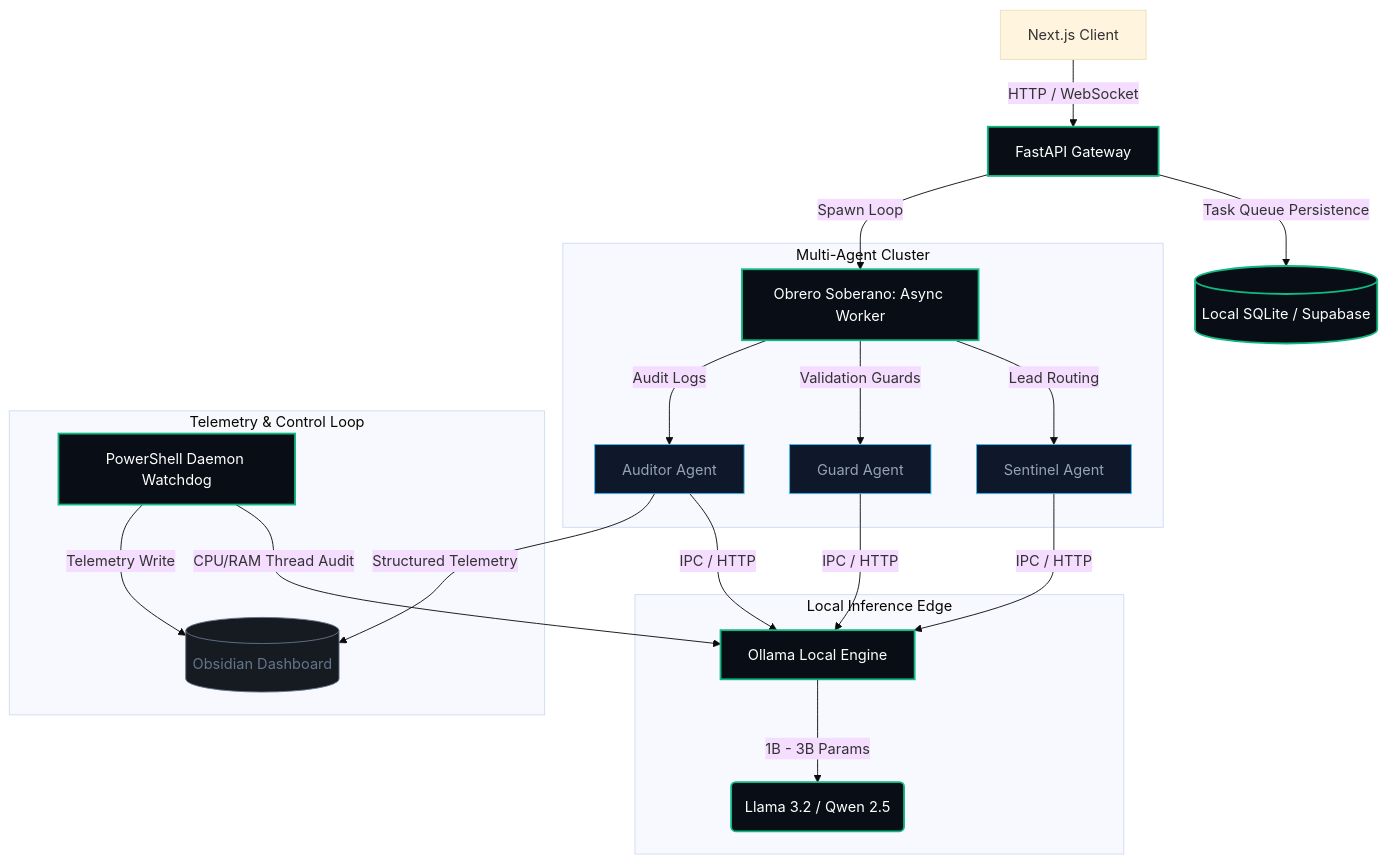
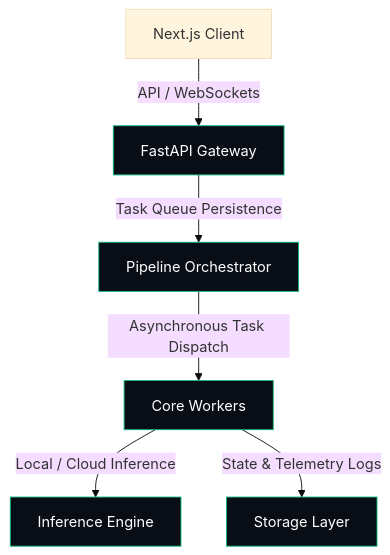
One commit to OHANAGROUP/OHANAGROUP changed the diagram in automatizai-hub-README.md. Above: the diagram before and after it, drawn with Mermaid (base theme). The commit also changed other lines of this file and 2 other files, not shown here.

````diff
--- a/automatizai-hub-README.md
+++ b/automatizai-hub-README.md
@@ -11,27 +11,10 @@
 ```mermaid
 graph TD
-    classDef main fill:#090d16,stroke:#10b981,stroke-width:2px,color:#fff;
-    classDef agent fill:#0f172a,stroke:#38bdf8,stroke-width:1px,color:#94a3b8;
-    classDef ext fill:#161b22,stroke:#64748b,stroke-width:1px,color:#64748b;
+    classDef main fill:#090d16,stroke:#10b981,stroke-width:1px,color:#fff;
 
-    A[Next.js Client] -->|HTTP / WebSocket| B[FastAPI Gateway]:::main
-    B -->|Task Queue Persistence| C[(Local SQLite / Supabase)]:::main
-    B -->|Spawn Loop| D[Obrero Soberano: Async Worker]:::main
-    
-    subgraph Multi-Agent Cluster
-        D -->|Lead Routing| E[Sentinel Agent]:::agent
-        D -->|Validation Guards| F[Guard Agent]:::agent
-        D -->|Audit Logs| G[Auditor Agent]:::agent
-    end
-    
-    subgraph Local Inference Edge
-        E & F & G -->|IPC / HTTP| H[Ollama Local Engine]:::main
-        H -->|1B - 3B Params| I(Llama 3.2 / Qwen 2.5):::main
-    end
-
-    subgraph Telemetry & Control Loop
-        J[PowerShell Daemon Watchdog]:::main -->|CPU/RAM Thread Audit| H
-        J -->|Telemetry Write| K[(Obsidian Dashboard)]:::ext
-        G -->|Structured Telemetry| K
-    end
+    A[Next.js Client] -->|API / WebSockets| B[FastAPI Gateway]:::main
+    B -->|Task Queue Persistence| C[Pipeline Orchestrator]:::main
+    C -->|Asynchronous Task Dispatch| D[Core Workers]:::main
+    D -->|Local / Cloud Inference| E[Inference Engine]:::main
+    D -->|State & Telemetry Logs| F[Storage Layer]:::main
 ```
````
